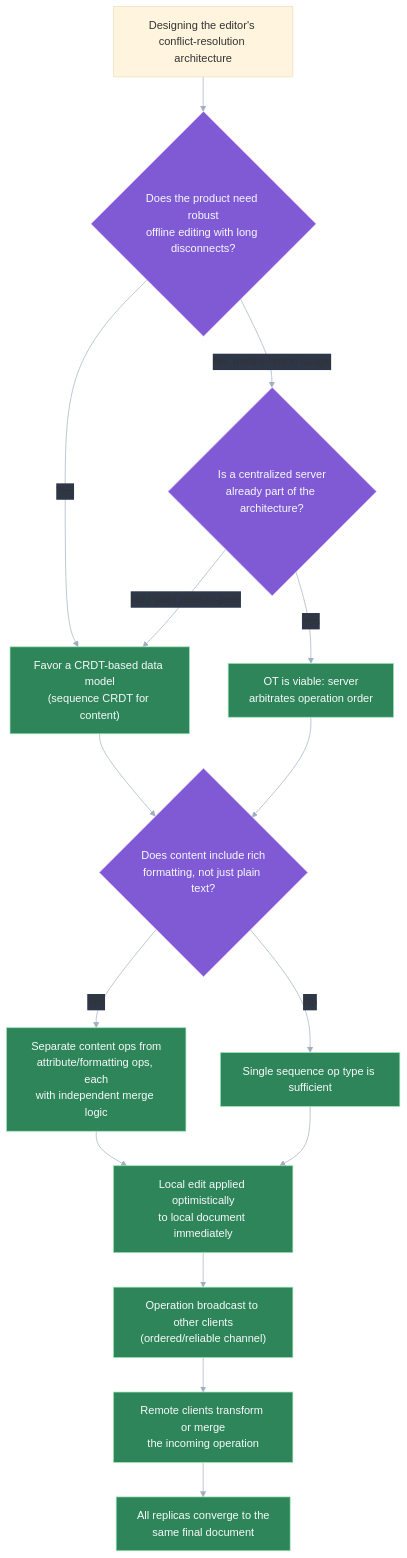
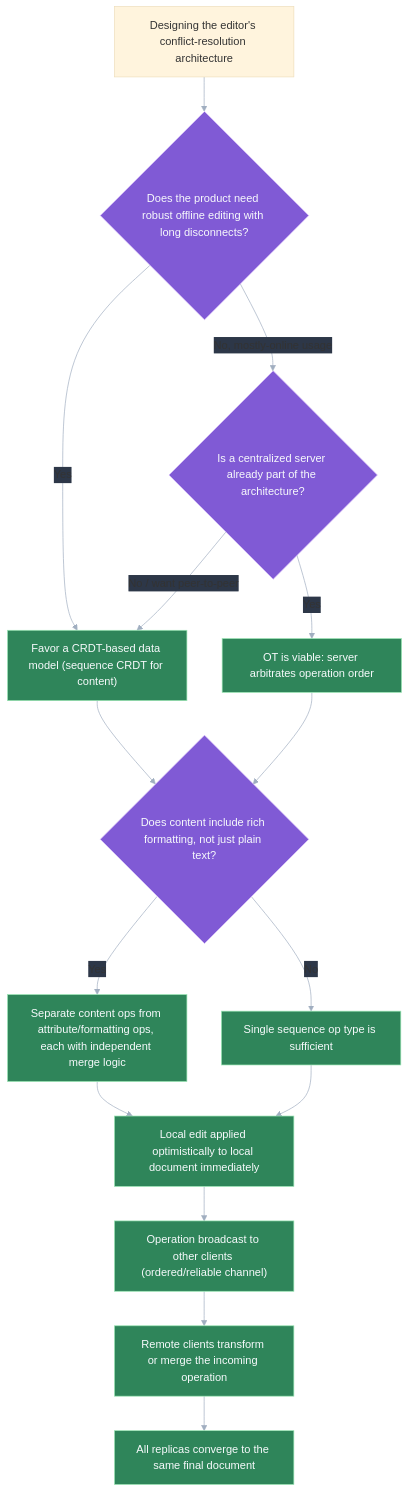
One commit to vinayakhumberi/litmus changed the first of 2 diagrams in data/topics/design-collaborative-editor.md. Above: the diagram before and after it, drawn with Mermaid. The commit also changed 68 other files, not shown here.

````diff
--- a/data/topics/design-collaborative-editor.md
+++ b/data/topics/design-collaborative-editor.md
@@ -84,24 +84,24 @@
 ```mermaid
 %%{init: {"theme": "base", "themeVariables": {"lineColor": "#a0aec0", "edgeLabelBackground": "#2d3748", "textColor": "#f7fafc"}}}%%
 graph TD
-    A["Designing the editor's conflict-resolution architecture"] --> B{"Does the product need robust<br>offline editing with long disconnects?"}
-    B -- "Yes" --> C["Favor a CRDT-based data model<br>(sequence CRDT for content)"]
-    B -- "No, mostly-online usage" --> D{"Is a centralized server<br>already part of the architecture?"}
-    D -- "Yes" --> E["OT is viable: server<br>arbitrates operation order"]
+    A["Designing the editor's conflict-resolution architecture"] --> B{"Does the product need robust offline editing with long disconnects?"}
+    B -- "Yes" --> C["Favor a CRDT-based data model (sequence CRDT for content)"]
+    B -- "No, mostly-online usage" --> D{"Is a centralized server already part of the architecture?"}
+    D -- "Yes" --> E["OT is viable: server arbitrates operation order"]
     D -- "No / want peer-to-peer" --> C
-    C --> F{"Does content include rich<br>formatting, not just plain text?"}
+    C --> F{"Does content include rich formatting, not just plain text?"}
     E --> F
-    F -- "Yes" --> G["Separate content ops from<br>attribute/formatting ops, each<br>with independent merge logic"]
+    F -- "Yes" --> G["Separate content ops from attribute/formatting ops, each with independent merge logic"]
     F -- "No" --> H["Single sequence op type is sufficient"]
-    G --> I["Local edit applied optimistically<br>to local document immediately"]
+    G --> I["Local edit applied optimistically to local document immediately"]
     H --> I
-    I --> J["Operation broadcast to other clients<br>(ordered/reliable channel)"]
-    J --> K["Remote clients transform or merge<br>the incoming operation"]
-    K --> L["All replicas converge to the<br>same final document"]
+    I --> J["Operation broadcast to other clients (ordered/reliable channel)"]
+    J --> K["Remote clients transform or merge the incoming operation"]
+    K --> L["All replicas converge to the same final document"]
 
     classDef decision fill:#805ad5,stroke:#d6bcfa,color:#f7fafc
     classDef result fill:#2f855a,stroke:#9ae6b4,color:#f7fafc
 
     class B,D,F decision
     class C,E,G,H,I,J,K,L result
 ```
````
